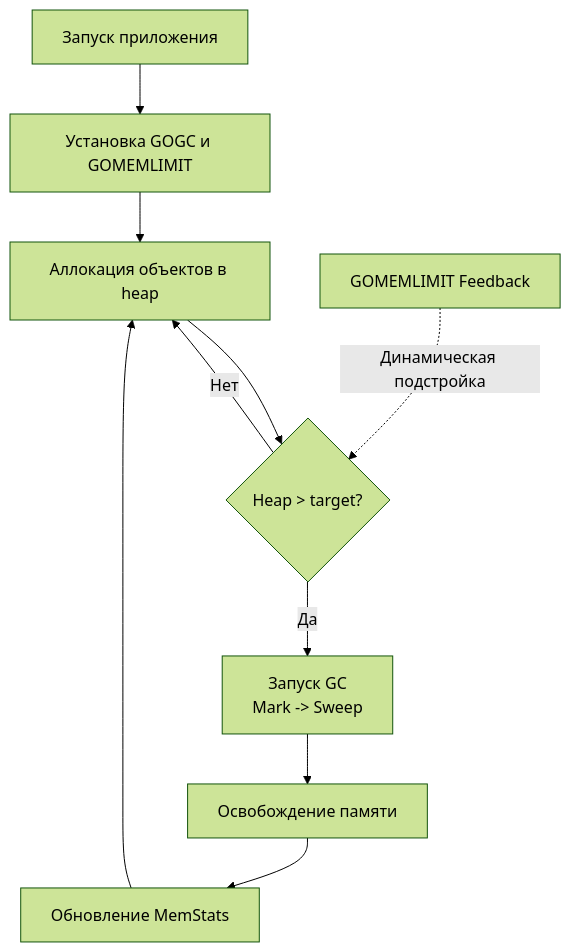
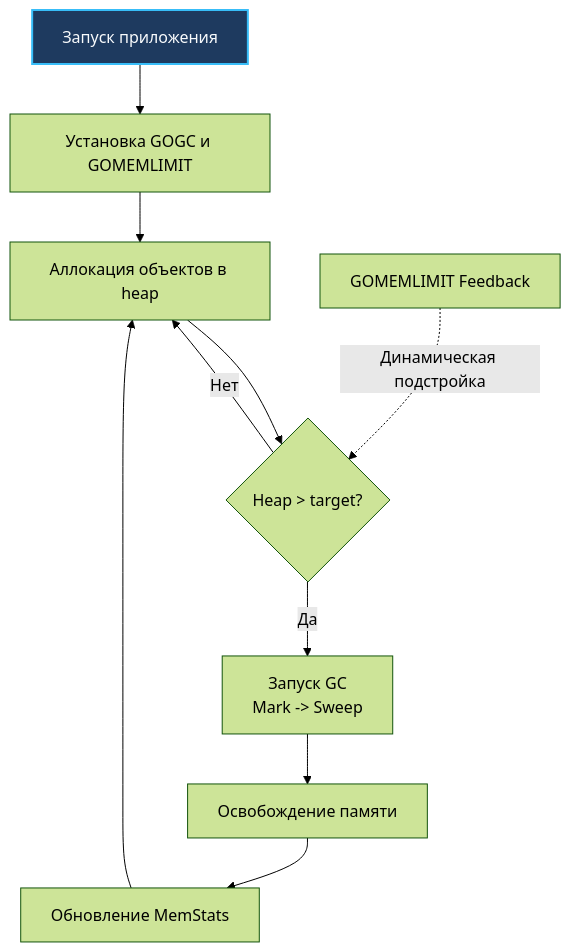
One commit to UnrealTemplier/go-textbook changed the diagram in sources/6. Стандартная библиотека Go/22. runtime. Получение информации о рантайме.md. Above: the diagram before and after it, drawn with Mermaid (forest theme). The commit also changed 1666 other files, not shown here.

First line of the commit message:
feat(mermaid): add semantic color classDef to 1369 colorless flowchart/graph diagrams

````diff
--- a/sources/6. Стандартная библиотека Go/22. runtime. Получение информации о рантайме.md
+++ b/sources/6. Стандартная библиотека Go/22. runtime. Получение информации о рантайме.md
@@ -91,13 +91,23 @@
 ```mermaid
 flowchart TD
-    A["Запуск приложения"] --> B["Установка GOGC и GOMEMLIMIT"]
+    classDef process  fill:#1e293b,stroke:#38bdf8,stroke-width:1px,color:#f8fafc
+    classDef success  fill:#064e3b,stroke:#34d399,stroke-width:1px,color:#f8fafc
+    classDef error    fill:#7f1d1d,stroke:#f87171,stroke-width:1px,color:#f8fafc
+    classDef warning  fill:#78350f,stroke:#fbbf24,stroke-width:1px,color:#f8fafc
+    classDef entry    fill:#1e3a5f,stroke:#38bdf8,stroke-width:2px,color:#f8fafc
+    classDef aux      fill:#334155,stroke:#64748b,stroke-width:1px,color:#f8fafc
+    classDef system   fill:#312e81,stroke:#a78bfa,stroke-width:1px,color:#f8fafc
+    classDef data     fill:#132d29,stroke:#2dd4bf,stroke-width:1px,color:#f8fafc
+    classDef network  fill:#881337,stroke:#fb7185,stroke-width:1px,color:#f8fafc
+    classDef accent   fill:#1e1b4b,stroke:#818cf8,stroke-width:1px,color:#f8fafc
+    A["Запуск приложения"]:::entry --> B["Установка GOGC и GOMEMLIMIT"]
     B --> C["Аллокация объектов в heap"]
     C --> D{"Heap > target?"}
     D -->|Нет| C
     D -->|Да| E["Запуск GC<br>Mark -> Sweep"]
     E --> F["Освобождение памяти"]
     F --> G["Обновление MemStats"]
     G --> C
     
     H["GOMEMLIMIT Feedback"] -.->|Динамическая подстройка| D
 ```
````
